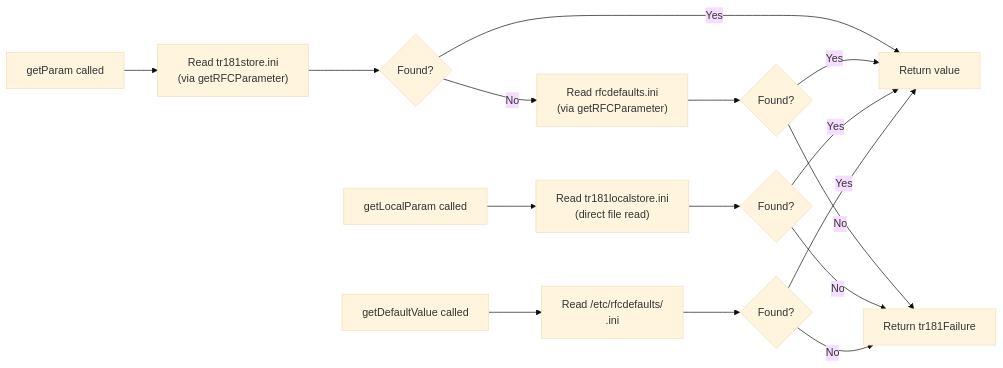
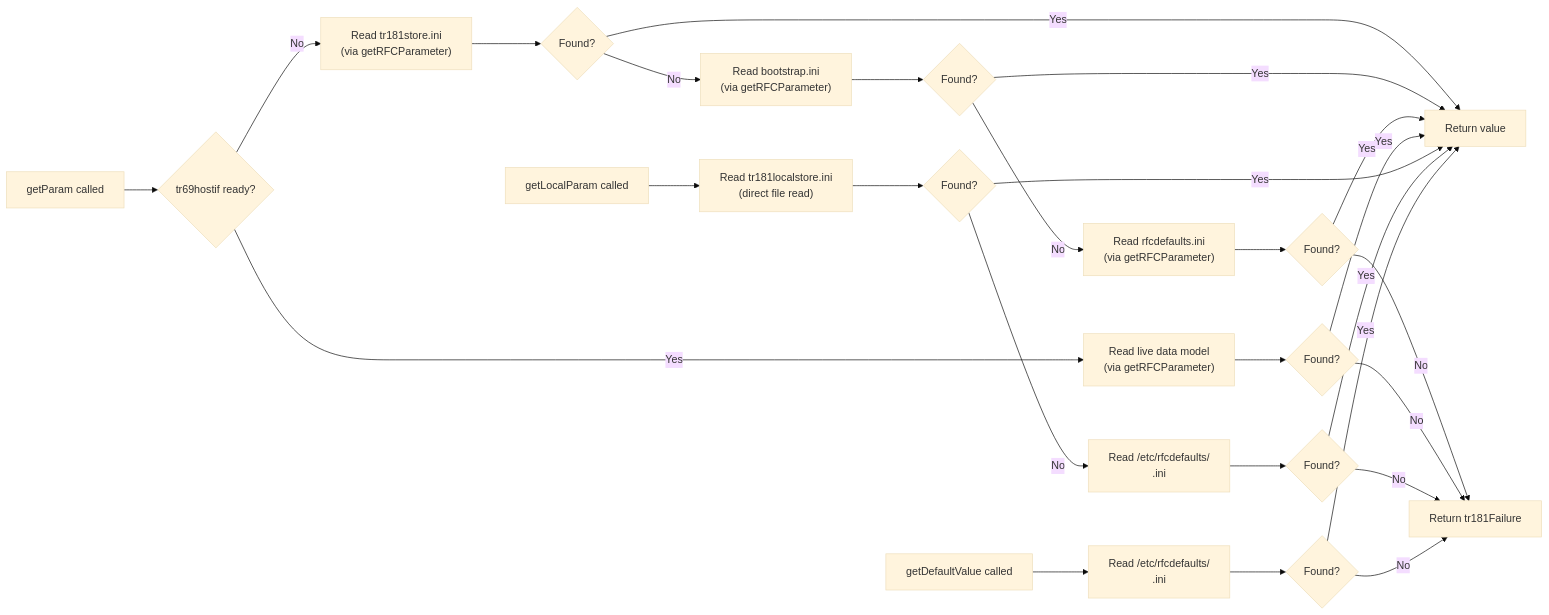
One commit to rdkcentral/rfc changed the second of 3 diagrams in tr181api/docs/README.md. Above: the diagram before and after it, drawn with Mermaid (base theme). The commit also changed other lines of this file and 4 other files, not shown here.

````diff
--- a/tr181api/docs/README.md
+++ b/tr181api/docs/README.md
@@ -36,20 +48,31 @@
 ```mermaid
 flowchart LR
-    A[getParam called] --> B["Read tr181store.ini\n(via getRFCParameter)"]
-    B --> C{Found?}
-    C -->|Yes| D[Return value]
-    C -->|No| E["Read rfcdefaults.ini\n(via getRFCParameter)"]
-    E --> F{Found?}
-    F -->|Yes| D
-    F -->|No| G[Return tr181Failure]
+    A[getParam called] --> B{tr69hostif ready?}
+    B -->|Yes| C["Read live data model\n(via getRFCParameter)"]
+    B -->|No| D["Read tr181store.ini\n(via getRFCParameter)"]
+    D --> E{Found?}
+    E -->|Yes| F[Return value]
+    E -->|No| G["Read bootstrap.ini\n(via getRFCParameter)"]
+    G --> H{Found?}
+    H -->|Yes| F
+    H -->|No| I["Read rfcdefaults.ini\n(via getRFCParameter)"]
+    I --> J{Found?}
+    J -->|Yes| F
+    J -->|No| K[Return tr181Failure]
+    C --> L{Found?}
+    L -->|Yes| F
+    L -->|No| K
 
-    H[getLocalParam called] --> I["Read tr181localstore.ini\n(direct file read)"]
-    I --> J{Found?}
-    J -->|Yes| D
-    J -->|No| G
+    M[getLocalParam called] --> N["Read tr181localstore.ini\n(direct file read)"]
+    N --> O{Found?}
+    O -->|Yes| F
+    O -->|No| P["Read /etc/rfcdefaults/\n<callerID>.ini"]
+    P --> Q{Found?}
+    Q -->|Yes| F
+    Q -->|No| K
 
-    K[getDefaultValue called] --> L["Read /etc/rfcdefaults/\n<callerID>.ini"]
-    L --> M{Found?}
-    M -->|Yes| D
-    M -->|No| G
+    R[getDefaultValue called] --> S["Read /etc/rfcdefaults/\n<callerID>.ini"]
+    S --> T{Found?}
+    T -->|Yes| F
+    T -->|No| K
 ```
````
